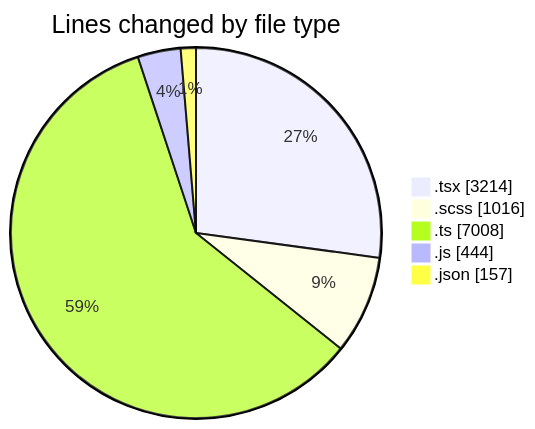
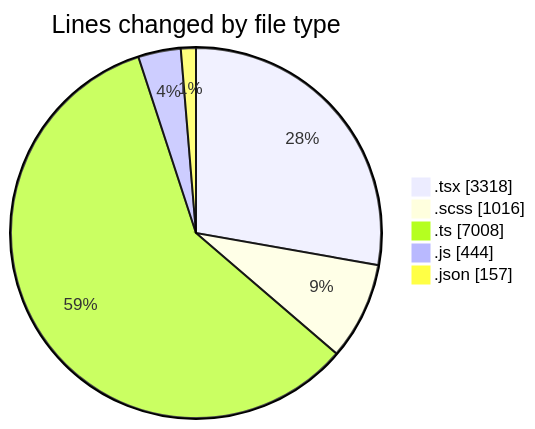
Before and after one commit to momahboobian/code-tracking: the first of 2 diagrams in 2026-04-23/cda/README.md, drawn with Mermaid. The commit also changed other lines of this file and 1 other file, not shown here.

````diff
--- a/2026-04-23/cda/README.md
+++ b/2026-04-23/cda/README.md
@@ -41,9 +41,9 @@
 ```mermaid
 pie showData
 title Lines changed by file type
-".tsx" : 3214
+".tsx" : 3318
 ".scss" : 1016
 ".ts" : 7008
 ".js" : 444
 ".json" : 157
 ```
````
